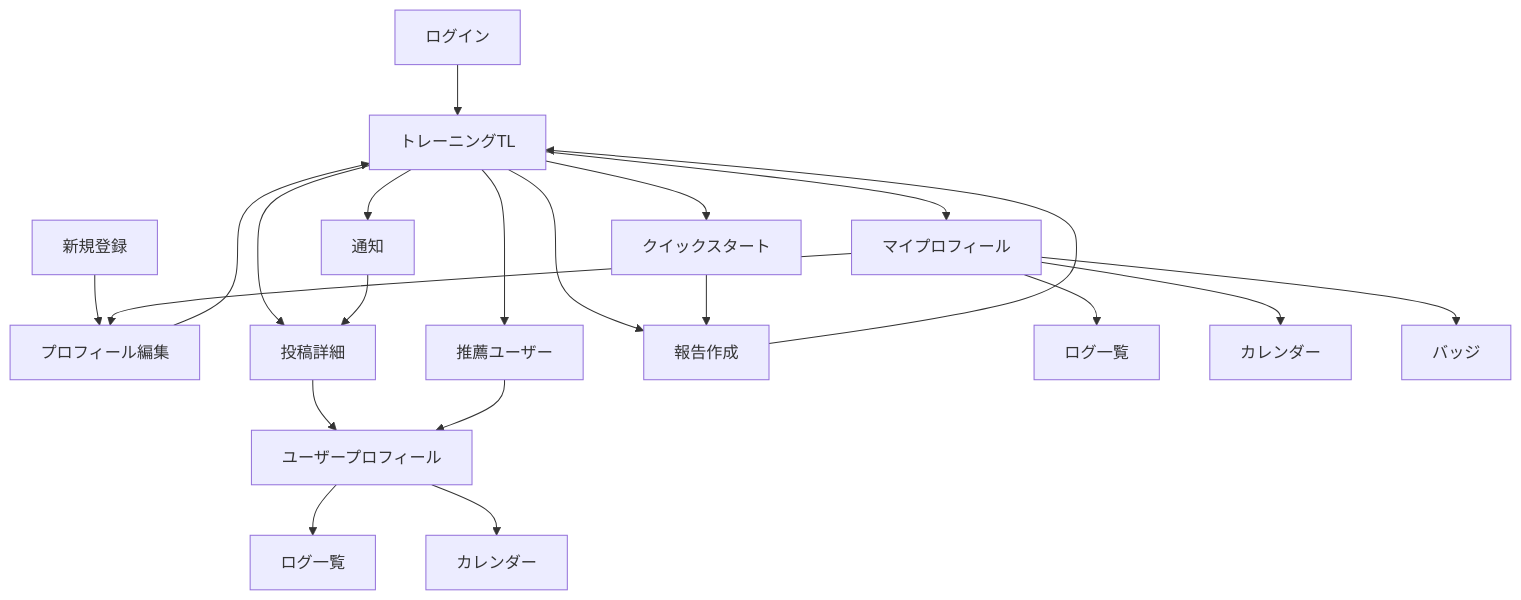
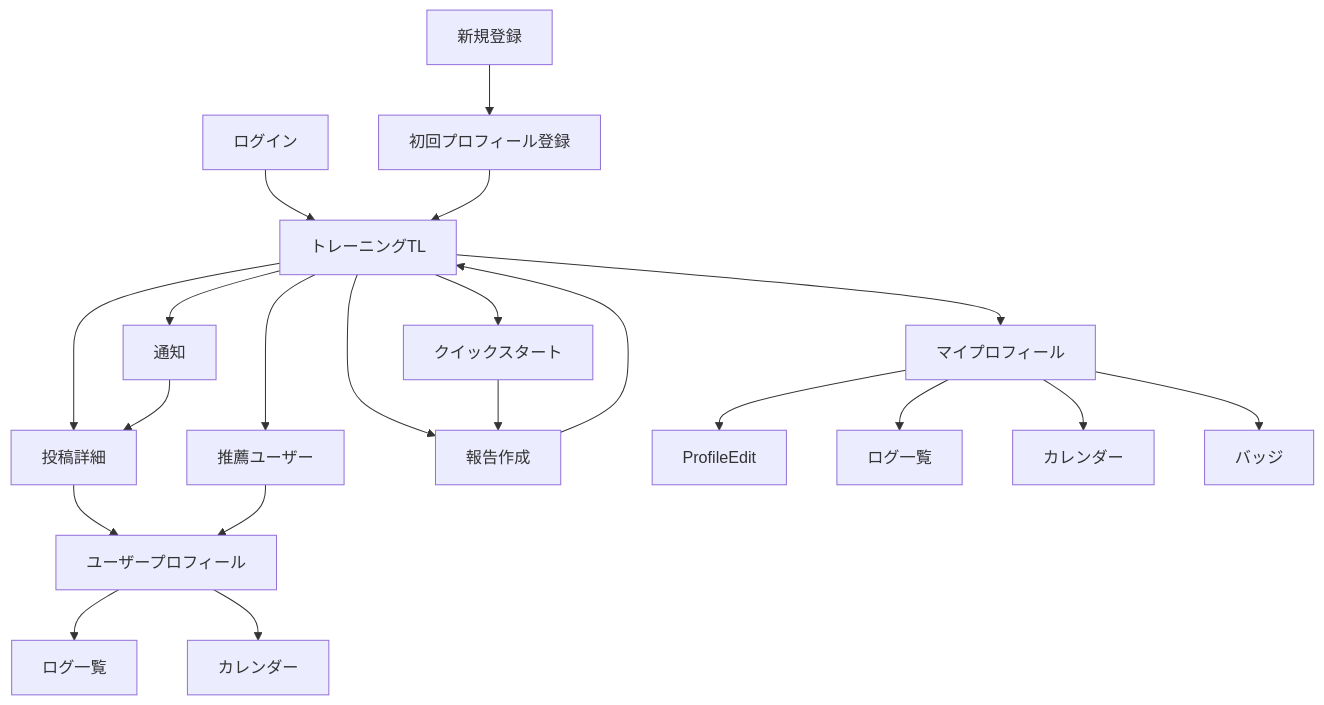
Before and after one commit to TaiseiUmeki/group7-pj: the diagram in docs/requirements/screen_design.md, drawn with Mermaid. The commit also changed other lines of this file and 14 other files, not shown here.

````diff
--- a/docs/requirements/screen_design.md
+++ b/docs/requirements/screen_design.md
@@ -24,28 +25,28 @@
 ```mermaid
 graph TD
     Login[ログイン] --> Timeline[トレーニングTL]
-    Signup[新規登録] --> ProfileEdit[プロフィール編集]
-    ProfileEdit --> Timeline
+    Signup[新規登録] --> ProfileSetup[初回プロフィール登録]
+    ProfileSetup --> Timeline
 
     Timeline --> PostDetail[投稿詳細]
     Timeline --> Recommendations[推薦ユーザー]
     Timeline --> QuickStart[クイックスタート]
     Timeline --> ReportNew[報告作成]
     Timeline --> MyProfile[マイプロフィール]
     Timeline --> Notifications[通知]
 
     QuickStart --> ReportNew
     ReportNew --> Timeline
 
     PostDetail --> UserProfile[ユーザープロフィール]
     Recommendations --> UserProfile
     UserProfile --> UserLogs[ログ一覧]
     UserProfile --> UserCalendar[カレンダー]
 
     MyProfile --> ProfileEdit
     MyProfile --> MyLogs[ログ一覧]
     MyProfile --> MyCalendar[カレンダー]
     MyProfile --> Badges[バッジ]
 
     Notifications --> PostDetail
 ```
````
